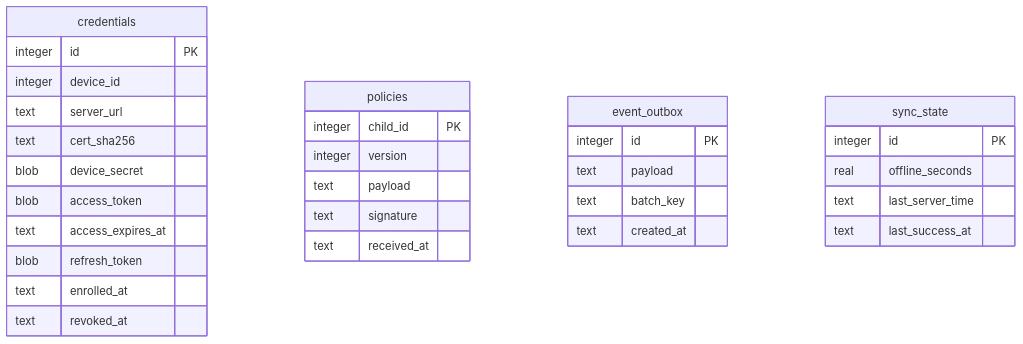
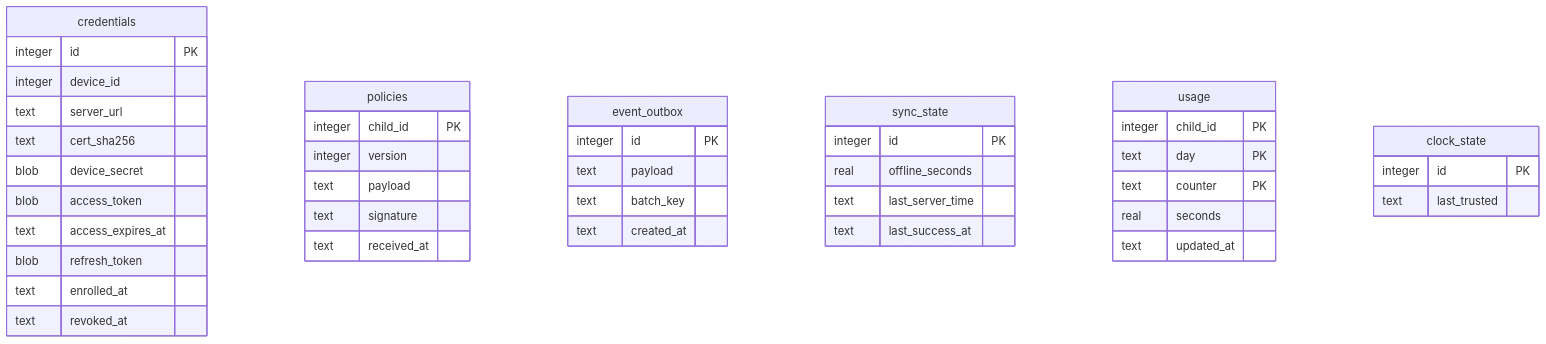
The diagram in ogk-agent/migrations/DB_SCHEMA.md (nmtrong1000/ogk), drawn with Mermaid before and after one commit. The commit also changed other lines of this file and 44 other files, not shown here.

Commit message:
feat(agent): add screen time counter, warnings, lock and clock tamper detection

````diff
--- a/ogk-agent/migrations/DB_SCHEMA.md
+++ b/ogk-agent/migrations/DB_SCHEMA.md
@@ -12,34 +12,45 @@
 ```mermaid
 erDiagram
     credentials {
         integer id PK
         integer device_id
         text server_url
         text cert_sha256
         blob device_secret
         blob access_token
         text access_expires_at
         blob refresh_token
         text enrolled_at
         text revoked_at
     }
     policies {
         integer child_id PK
         integer version
         text payload
         text signature
         text received_at
     }
     event_outbox {
         integer id PK
         text payload
         text batch_key
         text created_at
     }
     sync_state {
         integer id PK
         real offline_seconds
         text last_server_time
         text last_success_at
     }
+    usage {
+        integer child_id PK
+        text day PK
+        text counter PK
+        real seconds
+        text updated_at
+    }
+    clock_state {
+        integer id PK
+        text last_trusted
+    }
 ```
````
